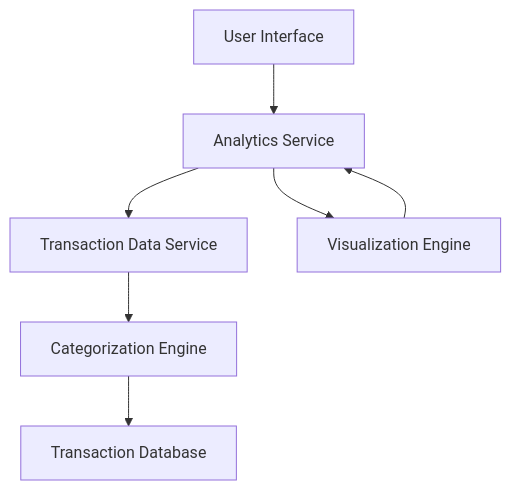
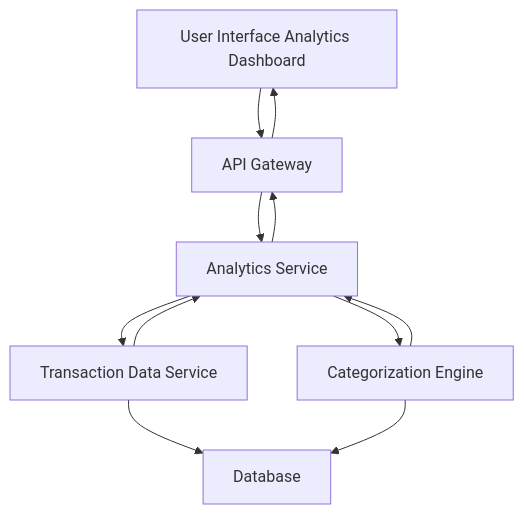
The diagram in HLD/QE-4630_HLD.md (Davamani-git/APB_Demo), drawn with Mermaid before and after one commit. The commit also changed other lines of this file and 2 other files, not shown here.

Commit message:
Automation Commit - 2026-08-23 10:36:30

````diff
--- a/HLD/QE-4630_HLD.md
+++ b/HLD/QE-4630_HLD.md
@@ -7,15 +7,19 @@
 ```mermaid
 flowchart TD
-    A["User Interface"]
-    B["Analytics Service"]
-    C["Transaction Data Service"]
-    D["Categorization Engine"]
-    E["Visualization Engine"]
-    F["Transaction Database"]
+    A["User Interface Analytics Dashboard"]
+    B["API Gateway"]
+    C["Analytics Service"]
+    D["Transaction Data Service"]
+    E["Categorization Engine"]
+    F["Database"]
     A --> B
     B --> C
-    B --> E
     C --> D
+    C --> E
     D --> F
-    E --> B
+    E --> F
+    D --> C
+    E --> C
+    C --> B
+    B --> A
 ```
````
